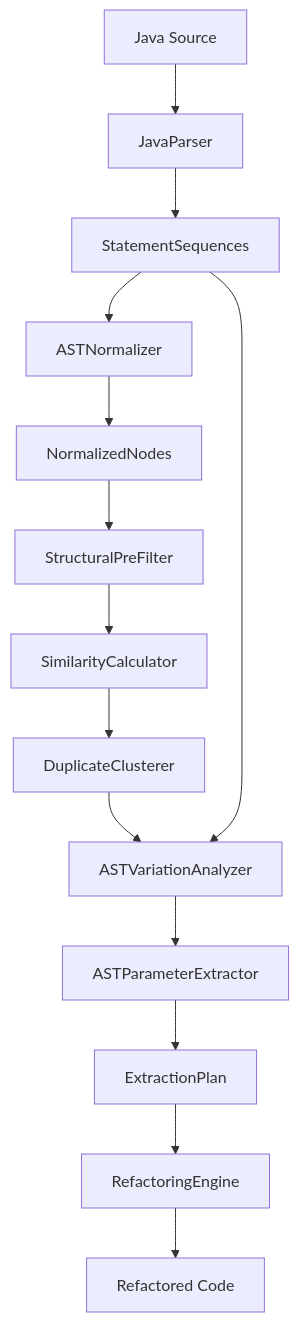
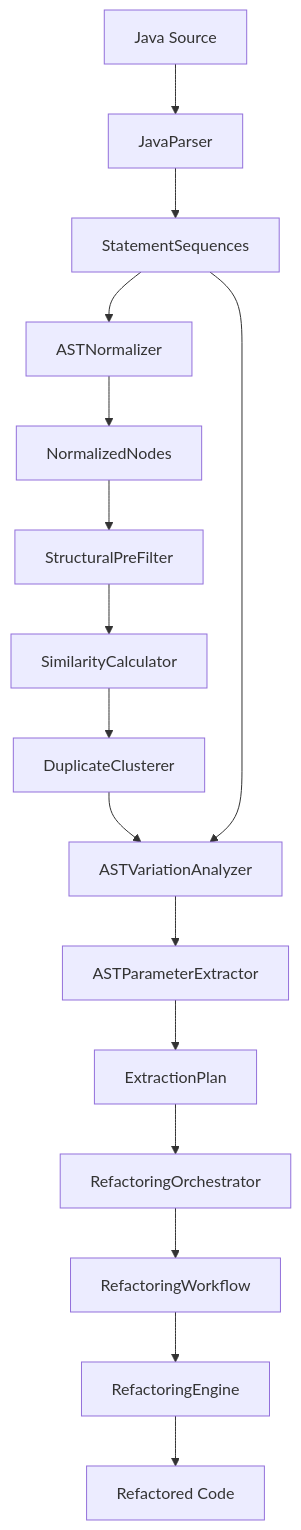
Before and after one commit to e4c5/bertie: the diagram in AGENTS.md, drawn with Mermaid. The commit also changed other lines of this file and 11 other files, not shown here.

````diff
--- a/AGENTS.md
+++ b/AGENTS.md
@@ -27,16 +27,18 @@
 ```mermaid
 graph TD
     Source[Java Source] --> Parser[JavaParser]
     Parser --> AST[StatementSequences]
     AST --> Normalizer[ASTNormalizer]
     Normalizer --> NormNodes[NormalizedNodes]
     NormNodes --> Filter[StructuralPreFilter]
     Filter --> Similarity[SimilarityCalculator]
     Similarity --> Clusters[DuplicateClusterer]
     Clusters --> Analyzer[ASTVariationAnalyzer]
     AST --> Analyzer
     Analyzer --> Params[ASTParameterExtractor]
     Params --> Plan[ExtractionPlan]
-    Plan --> Engine[RefactoringEngine]
+    Plan --> Orchestrator[RefactoringOrchestrator]
+    Orchestrator --> Workflow[RefactoringWorkflow]
+    Workflow --> Engine[RefactoringEngine]
     Engine --> Output[Refactored Code]
 ```
````
